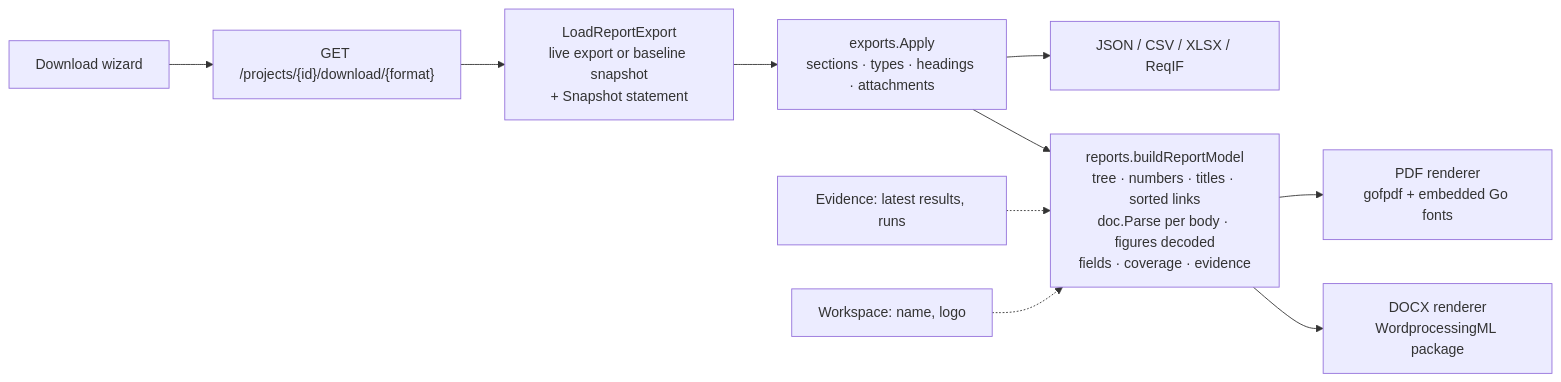
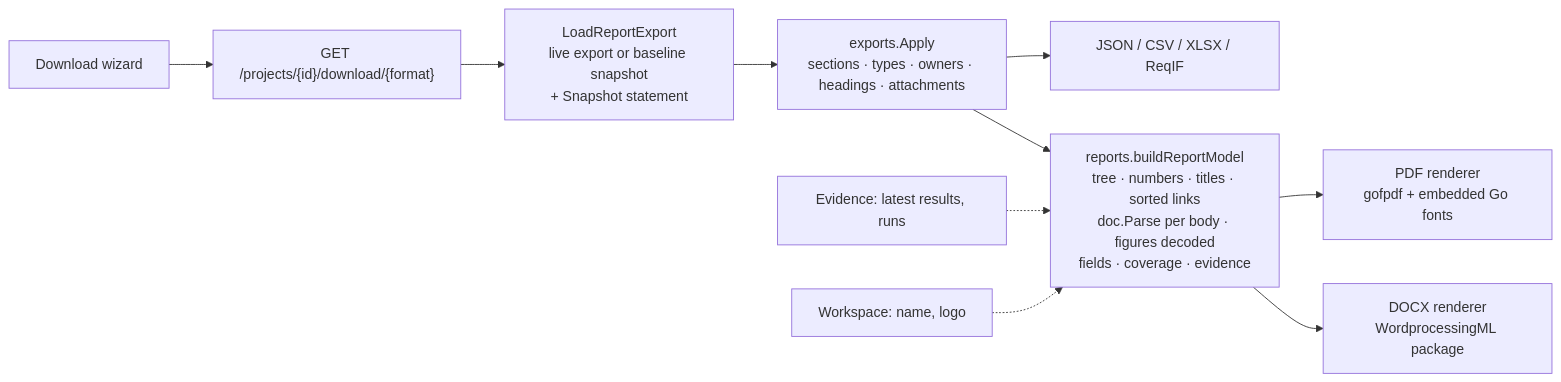
One commit to desktopmachineshop/OpenV changed the diagram in docs/reports.md. Above: the diagram before and after it, drawn with Mermaid. The commit also changed other lines of this file and 50 other files, not shown here.

````diff
--- a/docs/reports.md
+++ b/docs/reports.md
@@ -16,12 +16,12 @@
 ```mermaid
 flowchart LR
   W[Download wizard] --> H["GET /projects/{id}/download/{format}"]
   H --> L[LoadReportExport<br/>live export or baseline snapshot<br/>+ Snapshot statement]
-  L --> A[exports.Apply<br/>sections · types · headings · attachments]
+  L --> A[exports.Apply<br/>sections · types · owners · headings · attachments]
   A --> J[JSON / CSV / XLSX / ReqIF]
   A --> M[reports.buildReportModel<br/>tree · numbers · titles · sorted links<br/>doc.Parse per body · figures decoded<br/>fields · coverage · evidence]
   E[Evidence: latest results, runs] -.-> M
   O[Workspace: name, logo] -.-> M
   M --> P[PDF renderer<br/>gofpdf + embedded Go fonts]
   M --> D[DOCX renderer<br/>WordprocessingML package]
 ```
````
